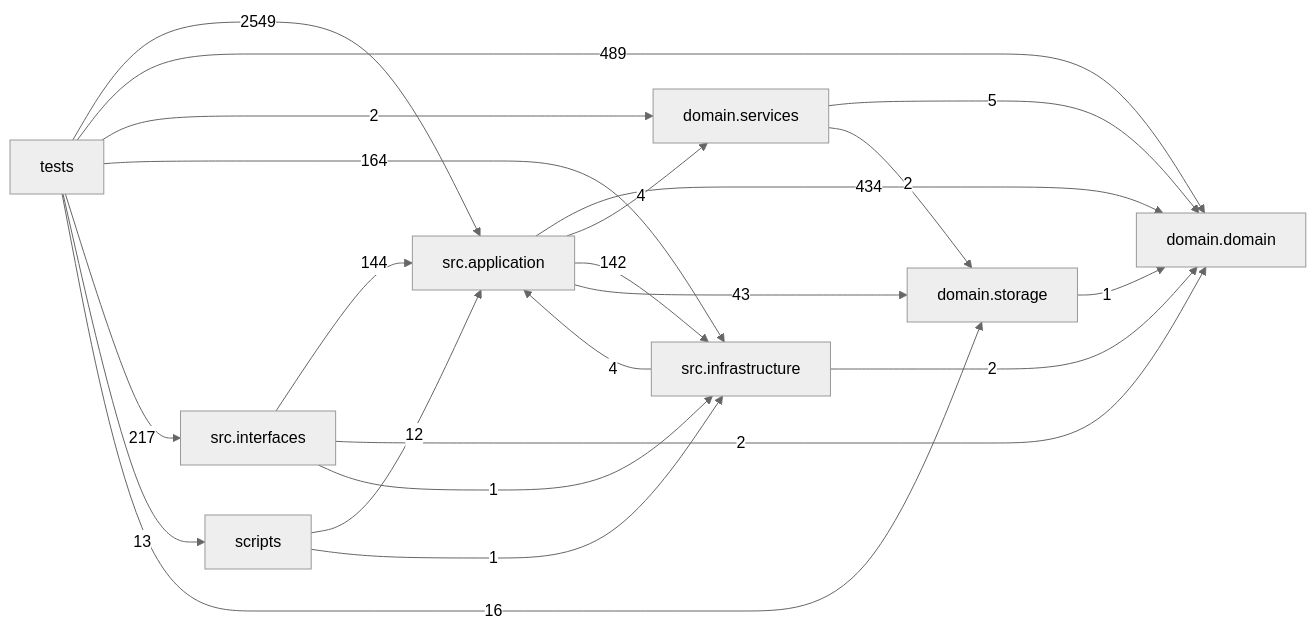
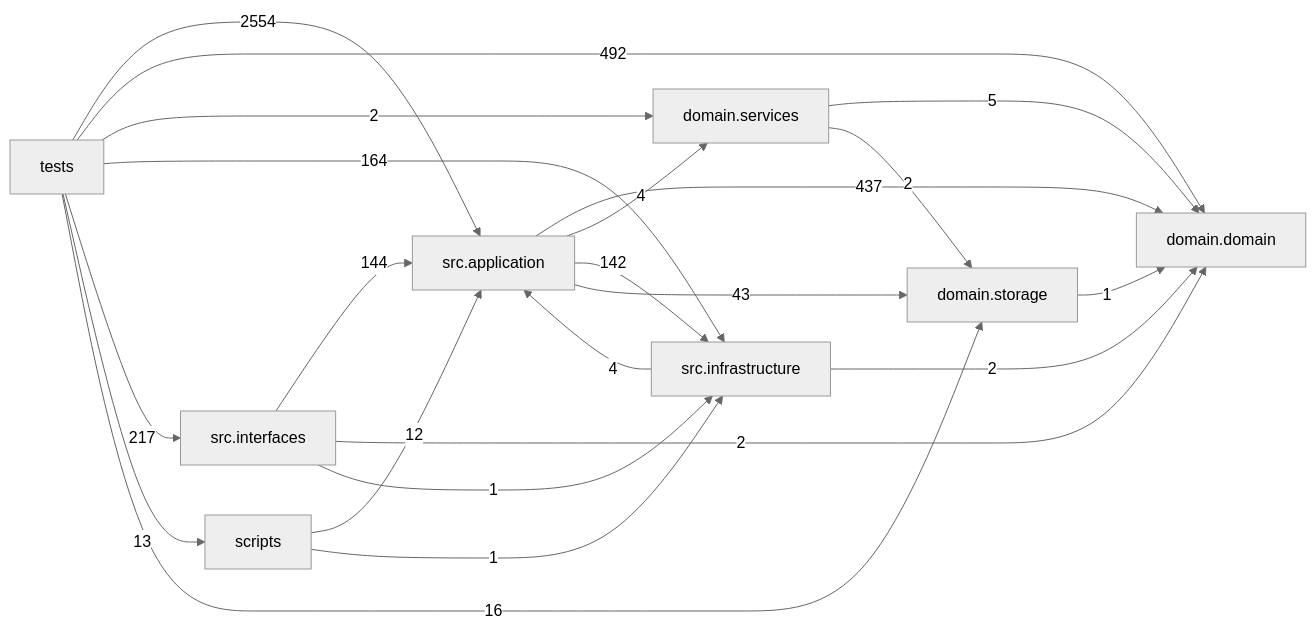
The diagram in docs/DEPENDENCY_GRAPH.md (liuxie066/options-monitor), drawn with Mermaid (neutral theme) before and after one commit. The commit also changed other lines of this file and 24 other files, not shown here.

````diff
--- a/docs/DEPENDENCY_GRAPH.md
+++ b/docs/DEPENDENCY_GRAPH.md
@@ -24,32 +24,32 @@
 ```mermaid
 flowchart LR
   tests["tests"]
   scripts["scripts"]
   interfaces["src.interfaces"]
   application["src.application"]
   infrastructure["src.infrastructure"]
   domain_services["domain.services"]
   domain["domain.domain"]
   storage["domain.storage"]
-  application -->|434| domain
+  application -->|437| domain
   application -->|4| domain_services
   application -->|142| infrastructure
   application -->|43| storage
   domain_services -->|5| domain
   domain_services -->|2| storage
   infrastructure -->|4| application
   infrastructure -->|2| domain
   interfaces -->|144| application
   interfaces -->|2| domain
   interfaces -->|1| infrastructure
   scripts -->|12| application
   scripts -->|1| infrastructure
   storage -->|1| domain
-  tests -->|2549| application
-  tests -->|489| domain
+  tests -->|2554| application
+  tests -->|492| domain
   tests -->|2| domain_services
   tests -->|164| infrastructure
   tests -->|217| interfaces
   tests -->|13| scripts
   tests -->|16| storage
 ```
````
